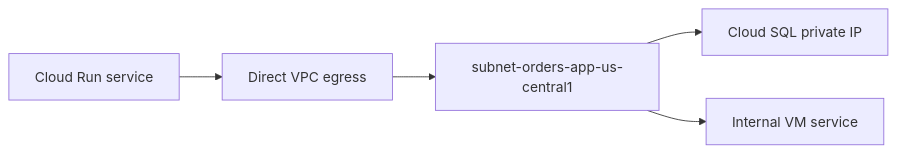
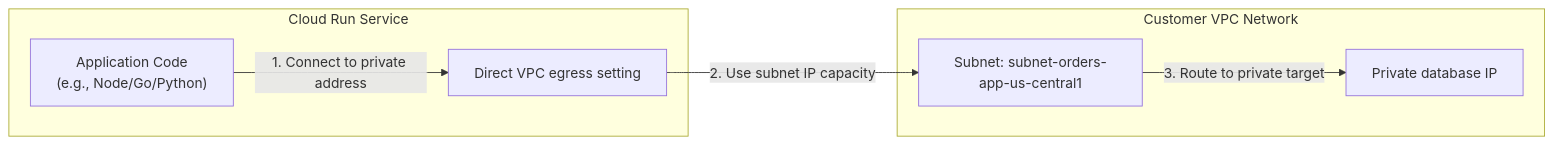
The second of 2 diagrams in cloud-providers/gcp/networking-connectivity/cloud-run-networking.md (senlinyy/dev-roadmaps), drawn with Mermaid before and after one commit. The commit also changed other lines of this file and 530 other files, not shown here.

````diff
--- a/cloud-providers/gcp/networking-connectivity/cloud-run-networking.md
+++ b/cloud-providers/gcp/networking-connectivity/cloud-run-networking.md
@@ -95,7 +89,16 @@
 ```mermaid
 flowchart LR
-    Run["Cloud Run service"] --> Egress["Direct VPC egress"]
-    Egress --> Subnet["subnet-orders-app-us-central1"]
-    Subnet --> SQL["Cloud SQL private IP"]
-    Subnet --> VM["Internal VM service"]
+    subgraph CloudRun["Cloud Run Service"]
+        AppCode["Application Code<br/>(e.g., Node/Go/Python)"]
+        EgressSetting["Direct VPC egress setting"]
+    end
+
+    subgraph UserVPC["Customer VPC Network"]
+        AppSubnet["Subnet: subnet-orders-app-us-central1"]
+        PrivateDB["Private database IP"]
+    end
+
+    AppCode -->|1. Connect to private address| EgressSetting
+    EgressSetting -->|2. Use subnet IP capacity| AppSubnet
+    AppSubnet -->|3. Route to private target| PrivateDB
 ```
````
